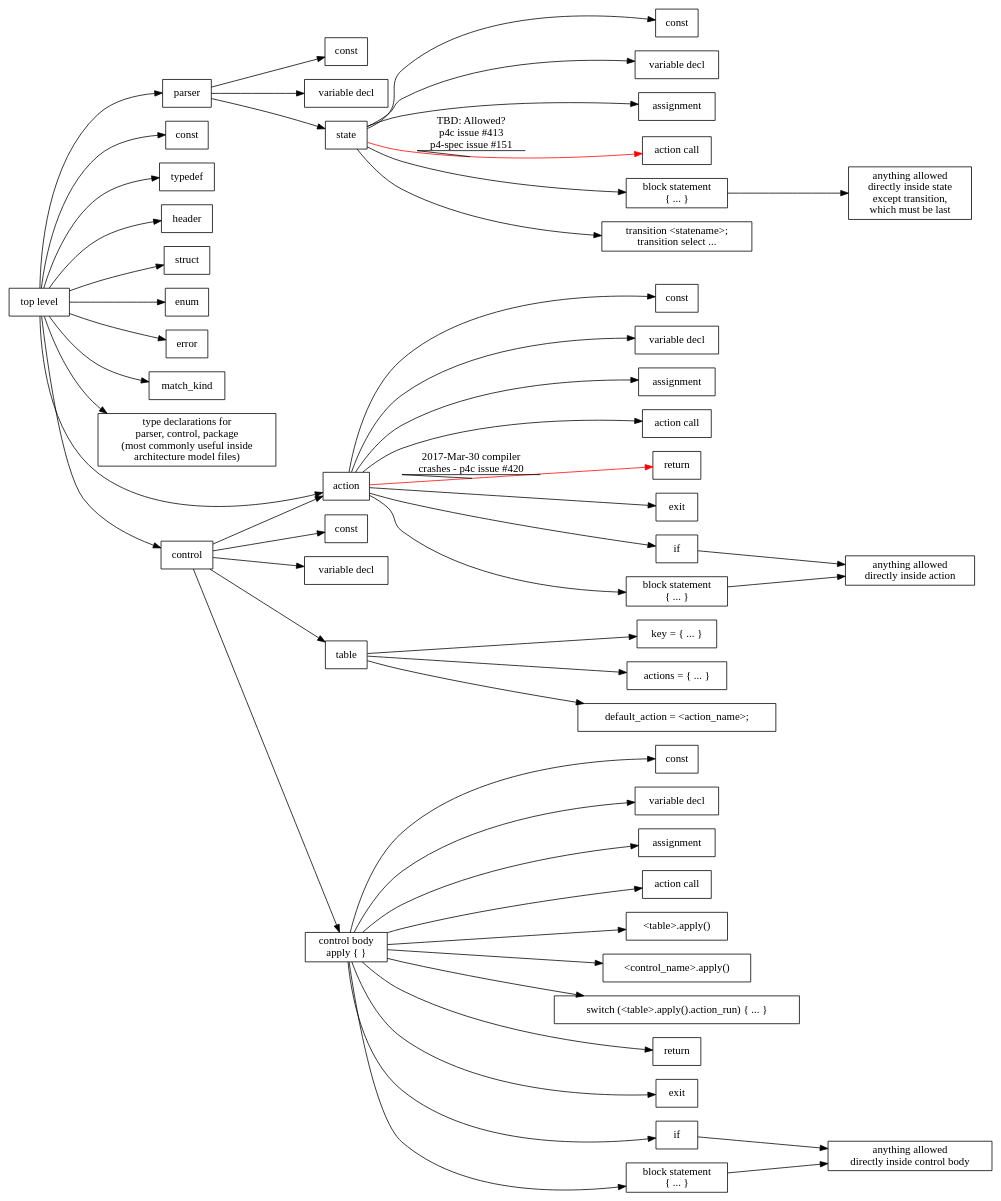
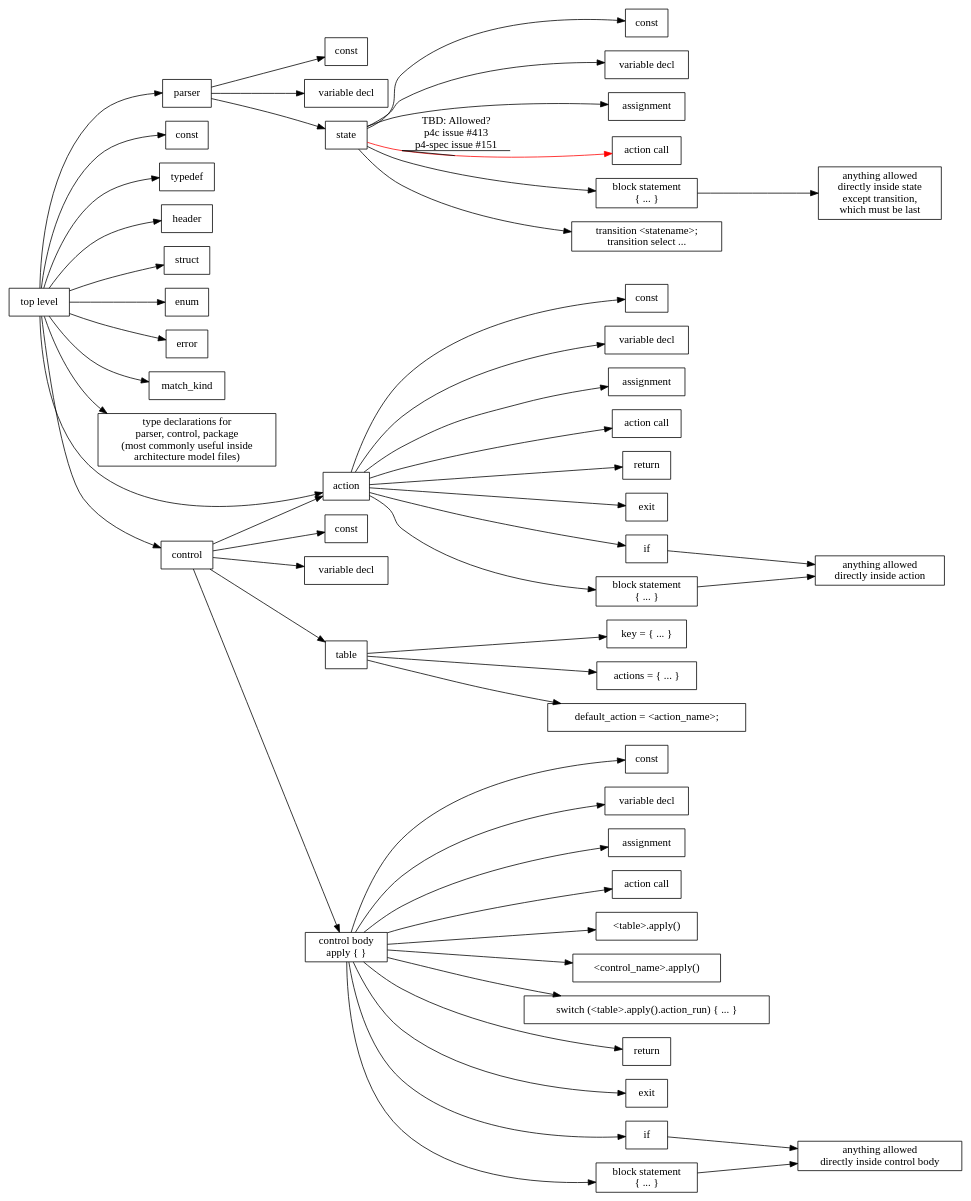
Before and after one commit to jafingerhut/p4-guide: the diagram in p4-16-allowed-constructs.dot, drawn with Graphviz. The commit also changed 3 other files, not shown here.

Commit message:
Remove note about compiler crashing for return inside action, since issue has been fixed

```diff
--- a/p4-16-allowed-constructs.dot
+++ b/p4-16-allowed-constructs.dot
@@ -1,145 +1,145 @@
 digraph p4_16_allowed_construct_nesting {
 
     node [shape=box];
     rankdir=LR;
     
     
     toplevel [label="top level"];
     toplevel -> parserDeclaration;
     parserDeclaration [label="parser"];
     toplevel -> constantDeclaration1;
     constantDeclaration1 [label="const"];
     toplevel -> typedefDeclaration;
     typedefDeclaration [label="typedef"];
     toplevel -> headerTypeDeclaration;
     headerTypeDeclaration [label="header"];
     toplevel -> structTypeDeclaration;
     structTypeDeclaration [label="struct"];
     toplevel -> enumDeclaration;
     enumDeclaration [label="enum"];
     toplevel -> errorDeclaration;
     errorDeclaration [label="error"];
     toplevel -> matchKindDeclaration;
     matchKindDeclaration [label="match_kind"];
     toplevel -> typeDeclarations;
     typeDeclarations [label="type declarations for\nparser, control, package\n(most commonly useful inside\narchitecture model files)"];
     toplevel -> actionDeclaration;
     actionDeclaration [label="action"];
     toplevel -> controlDeclaration;
     controlDeclaration [label="control"];
 
     // this is 'parser <name> (<parameters>) { ... }'
     parserDeclaration -> constantDeclaration2;
     constantDeclaration2 [label="const"];
     parserDeclaration -> variableDeclaration2;
     variableDeclaration2 [label="variable decl"];
     parserDeclaration -> parserState;
 
     parserState [label="state"];
     parserState -> constantDeclaration3;
     constantDeclaration3 [label="const"];
     parserState -> variableDeclaration3;
     variableDeclaration3 [label="variable decl"];
     parserState -> assignmentStatement3;
     assignmentStatement3 [label="assignment"];
     parserState -> actionCallStatement3 [color=red label="TBD: Allowed?\np4c issue #413\np4-spec issue #151" decorate=True];
     actionCallStatement3 [label="action call"];
     parserState -> blockStatement3;
     blockStatement3 [label="block statement\n{ ... }"];
     blockStatement3 -> blockStatementInParserState;
     blockStatementInParserState [label="anything allowed\ndirectly inside state\nexcept transition,\nwhich must be last"];
     parserState -> transitionStatement;
     transitionStatement [label="transition <statename>;\ntransition select ..."];
 
     controlDeclaration -> constantDeclaration4;
     constantDeclaration4 [label="const"];
     controlDeclaration -> variableDeclaration4;
     variableDeclaration4 [label="variable decl"];
     controlDeclaration -> actionDeclaration;
     controlDeclaration -> tableDeclaration;
     controlDeclaration -> controlBody;
     controlBody [label="control body\napply { }"];
 
     tableDeclaration [label="table"];
     tableDeclaration -> tablePropertyKey;
     tablePropertyKey [label="key = { ... }"];
     tableDeclaration -> tablePropertyActions;
     tablePropertyActions [label="actions = { ... }"];
     tableDeclaration -> tablePropertyDefaultAction;
     tablePropertyDefaultAction [label="default_action = <action_name>;"];
 
     actionDeclaration -> constantDeclaration5;
     constantDeclaration5 [label="const"];
     actionDeclaration -> variableDeclaration5;
     variableDeclaration5 [label="variable decl"];
     actionDeclaration -> assignmentStatement5;
     assignmentStatement5 [label="assignment"];
     actionDeclaration -> actionCallStatement5;
     actionCallStatement5 [label="action call"];
-    actionDeclaration -> returnStatement5 [color=red label="2017-Mar-30 compiler\ncrashes - p4c issue #420" decorate=True];
+    actionDeclaration -> returnStatement5;
     returnStatement5 [label="return"];
     actionDeclaration -> exitStatement5;
     exitStatement5 [label="exit"];
     actionDeclaration -> conditionalStatement5;
     conditionalStatement5 [label="if"];
     conditionalStatement5 -> blockStatementInActionDeclaration;
     actionDeclaration -> blockStatement5;
     blockStatement5 [label="block statement\n{ ... }"];
     blockStatement5 -> blockStatementInActionDeclaration;
     blockStatementInActionDeclaration [label="anything allowed\ndirectly inside action"];
 
     // I am making up actionCallStatement.  It might most closely
     // correspond in P4_16 grammar to assignmentOrMethodCallStatement.
     //actionCallStatement
 
     controlBody -> constantDeclaration6;
     constantDeclaration6 [label="const"];
     controlBody -> variableDeclaration6;
     variableDeclaration6 [label="variable decl"];
     controlBody -> assignmentStatement6;
     assignmentStatement6 [label="assignment"];
     controlBody -> actionCallStatement6;
     actionCallStatement6 [label="action call"];
     controlBody -> tableApplyCall6;
     tableApplyCall6 [label="<table>.apply()"];
     controlBody -> controlCallStatement6;
     controlCallStatement6 [label="<control_name>.apply()"];
     controlBody -> switchStatement6;
     switchStatement6 [label="switch (<table>.apply().action_run) { ... }"];
     controlBody -> returnStatement6;
     returnStatement6 [label="return"];
     controlBody -> exitStatement6;
     exitStatement6 [label="exit"];
     controlBody -> conditionalStatement6;
     conditionalStatement6 [label="if"];
     conditionalStatement6 -> blockStatementInControlBody;
     controlBody -> blockStatement6;
     blockStatement6 [label="block statement\n{ ... }"];
     blockStatement6 -> blockStatementInControlBody;
     blockStatementInControlBody [label="anything allowed\ndirectly inside control body"];
 
 //    blockStatement [label="block statement\n{ ... }"];
 //    blockStatement -> constantDeclaration7;
 //    constantDeclaration7 [label="const"];
 //    blockStatement -> variableDeclaration7;
 //    variableDeclaration7 [label="variable decl"];
 //    blockStatement -> actionCallStatement7;
 //    actionCallStatement7 [label="action call"];
 //    blockStatement -> assignmentStatement7;
 //    assignmentStatement7 [label="assignment"];
 //    blockStatement -> blockStatement;
 //    blockStatement -> conditionalStatement7 [label="unless block is\ninside state" decorate=True];
 //    conditionalStatement7 [label="if"];
 //    conditionalStatement7 -> conditionalStatement7;
 //    blockStatement -> returnStatement7 [label="unless block is\ninside state" decorate=True];
 //    returnStatement7 [label="return"];
 //    blockStatement -> exitStatement7 [label="unless block is\ninside state" decorate=True];
 //    exitStatement7 [label="exit"];
 //    blockStatement -> tableApplyCall7 [label="only in\ncontrol body\n'apply'" decorate=True];
 //    tableApplyCall7 [label="<table>.apply()"];
 //    blockStatement -> switchStatement7 [label="only in\ncontrol body\n'apply'" decorate=True];
 //    switchStatement7 [label="switch (<table>.apply().action_run) { ... }"];
 
 //    conditionalStatement [label="if"];
 //    conditionalStatement -> conditionalStatement;
 }
```
